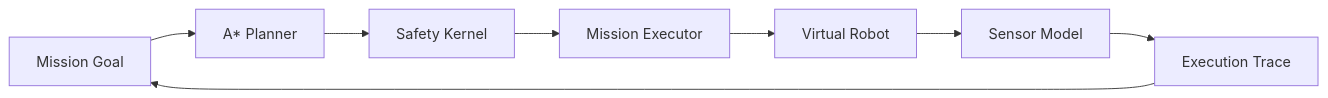
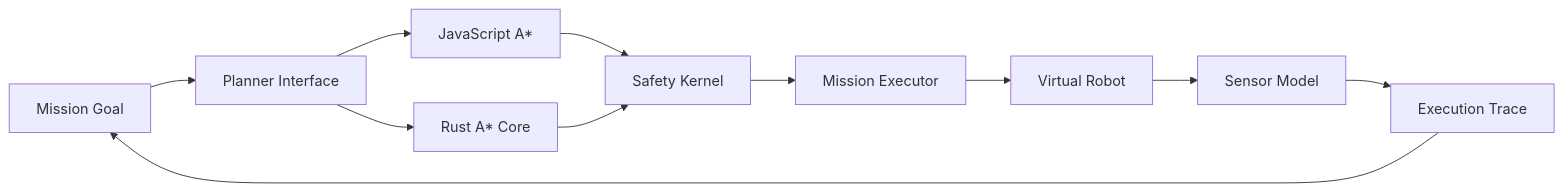
One commit to Hirakhyzer/embodied-ai-mission-lab changed the diagram in README.md. Above: the diagram before and after it, drawn with Mermaid. The commit also changed other lines of this file, not shown here.

Commit message:
docs: introduce optional Rust mission core

````diff
--- a/README.md
+++ b/README.md
@@ -47,10 +63,13 @@
 ```mermaid
 flowchart LR
-    A[Mission Goal] --> B[A* Planner]
-    B --> C[Safety Kernel]
-    C --> D[Mission Executor]
-    D --> E[Virtual Robot]
-    E --> F[Sensor Model]
-    F --> G[Execution Trace]
-    G --> A
+    A[Mission Goal] --> B[Planner Interface]
+    B --> C1[JavaScript A*]
+    B --> C2[Rust A* Core]
+    C1 --> D[Safety Kernel]
+    C2 --> D
+    D --> E[Mission Executor]
+    E --> F[Virtual Robot]
+    F --> G[Sensor Model]
+    G --> H[Execution Trace]
+    H --> A
 ```
````
